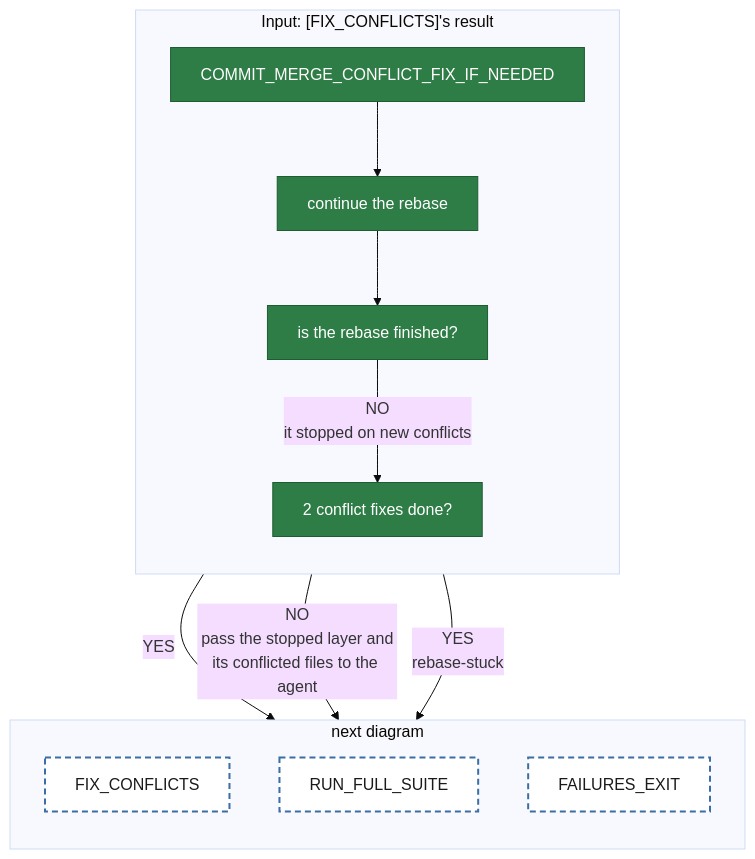
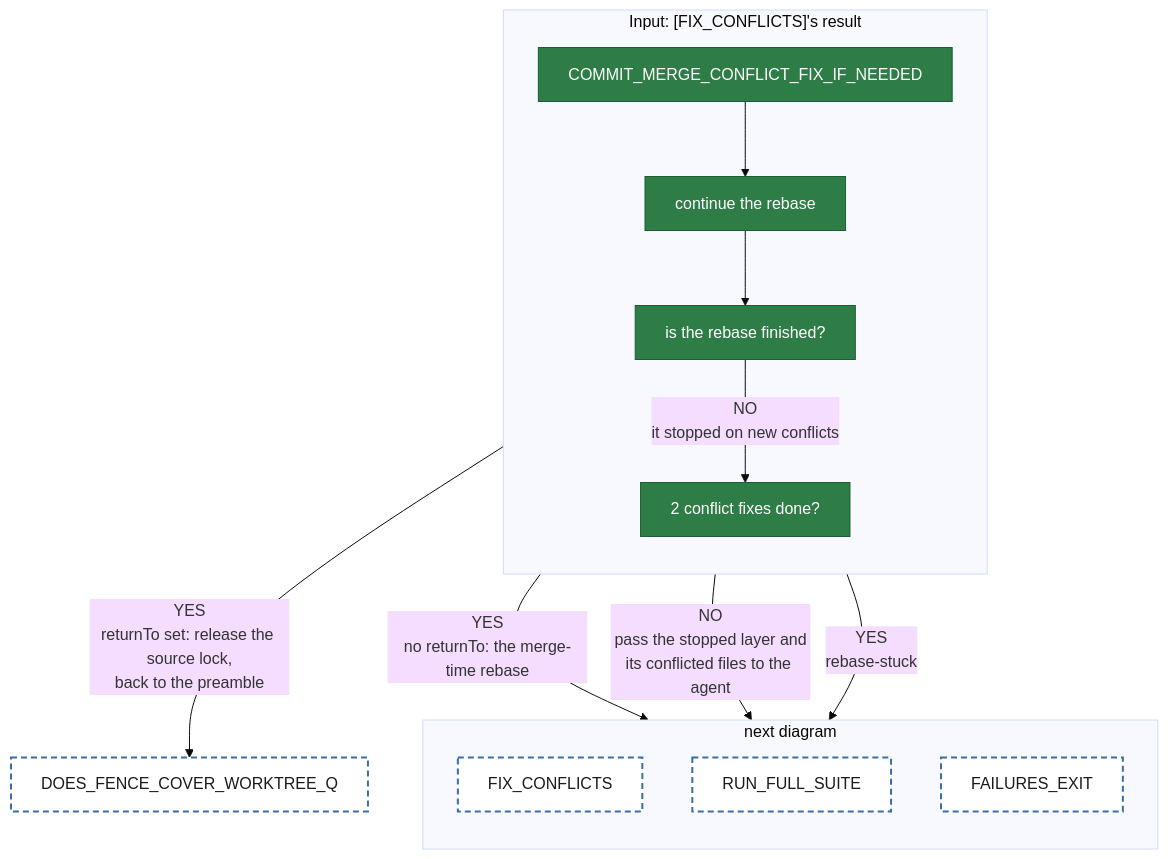
One commit to matkatmusic/taskTools changed the diagram in diagrams/tackle-tasks/pipeline-commitMergeConflictFixIfNeeded.mmd. Above: the diagram before and after it, drawn with Mermaid (base theme). The commit also changed 16 other files, not shown here.

```diff
--- a/diagrams/tackle-tasks/pipeline-commitMergeConflictFixIfNeeded.mmd
+++ b/diagrams/tackle-tasks/pipeline-commitMergeConflictFixIfNeeded.mmd
@@ -1,32 +1,33 @@
 flowchart TB
 %% One agent() call. /run-step starts at COMMIT_MERGE_CONFLICT_FIX_IF_NEEDED. Every path ends at an orange block or a dashed block.
 
   subgraph commitMergeConflictFixIfNeeded ["Input: [FIX_CONFLICTS]'s result"]
     direction TB
     COMMIT_MERGE_CONFLICT_FIX_IF_NEEDED["COMMIT_MERGE_CONFLICT_FIX_IF_NEEDED"]
     CONTINUE_REBASE["continue the rebase"]
     IS_REBASE_FINISHED_Q["is the rebase finished?"]
     ARE_2_CONFLICT_FIXES_DONE_Q["2 conflict fixes done?"]
   end
   subgraph commitMergeConflictFixIfNeededNext ["next diagram"]
     direction TB
     FIX_CONFLICTS["FIX_CONFLICTS"]
     RUN_FULL_SUITE["RUN_FULL_SUITE"]
     FAILURES_EXIT["FAILURES_EXIT"]
   end
   commitMergeConflictFixIfNeeded ~~~ commitMergeConflictFixIfNeededNext
 
   COMMIT_MERGE_CONFLICT_FIX_IF_NEEDED --> CONTINUE_REBASE
   CONTINUE_REBASE --> IS_REBASE_FINISHED_Q
-  IS_REBASE_FINISHED_Q -- "YES" --> RUN_FULL_SUITE
+  IS_REBASE_FINISHED_Q -- "YES<br/>no returnTo: the merge-time rebase" --> RUN_FULL_SUITE
+  IS_REBASE_FINISHED_Q -- "YES<br/>returnTo set: release the source lock,<br/>back to the preamble" --> DOES_FENCE_COVER_WORKTREE_Q
   IS_REBASE_FINISHED_Q -- "NO<br/>it stopped on new conflicts" --> ARE_2_CONFLICT_FIXES_DONE_Q
   ARE_2_CONFLICT_FIXES_DONE_Q -- "NO<br/>pass the stopped layer and<br/>its conflicted files to the agent" --> FIX_CONFLICTS
   ARE_2_CONFLICT_FIXES_DONE_Q -- "YES<br/>rebase-stuck" --> FAILURES_EXIT
 
   classDef script fill:#2f7d46,stroke:#1e5c31,color:#ffffff
   classDef returns_a_prompt fill:#e07b39,stroke:#a8541f,color:#1a1a1a
   classDef fail fill:red,stroke:#254a70,color:#ffffff
   classDef output fill:#3b6ea5,stroke:#254a70,color:#ffffff
   classDef next_diagram fill:#ffffff,stroke:#3b6ea5,stroke-width:2px,stroke-dasharray:6 4,color:#1a1a1a
   class COMMIT_MERGE_CONFLICT_FIX_IF_NEEDED,CONTINUE_REBASE,IS_REBASE_FINISHED_Q,ARE_2_CONFLICT_FIXES_DONE_Q script
-  class FIX_CONFLICTS,RUN_FULL_SUITE,FAILURES_EXIT next_diagram
+  class FIX_CONFLICTS,RUN_FULL_SUITE,FAILURES_EXIT,DOES_FENCE_COVER_WORKTREE_Q next_diagram
```
